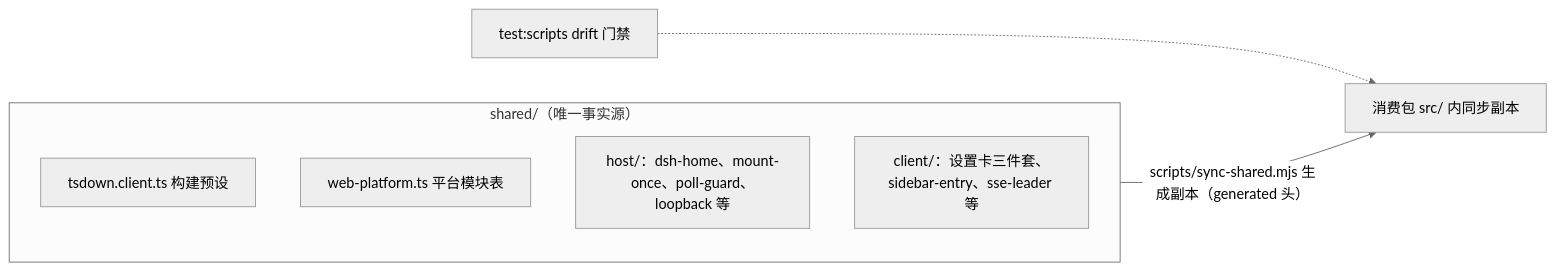
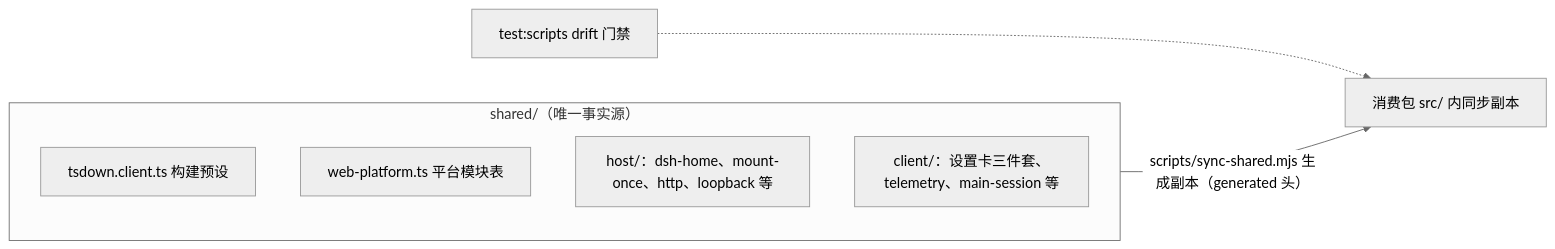
One commit to LoveDoLove-Forked-Projects/dsh-web changed the eighth of 9 diagrams in docs/architecture.md. Above: the diagram before and after it, drawn with Mermaid (neutral theme). The commit also changed other lines of this file and 49 other files, not shown here.

````diff
--- a/docs/architecture.md
+++ b/docs/architecture.md
@@ -149,11 +149,11 @@
 ```mermaid
 flowchart LR
     subgraph sharedbox["shared/（唯一事实源）"]
         PRESET["tsdown.client.ts 构建预设"]
         PLATFORM["web-platform.ts 平台模块表"]
-        HOSTM["host/：dsh-home、mount-once、poll-guard、loopback 等"]
-        CLIENTM["client/：设置卡三件套、sidebar-entry、sse-leader 等"]
+        HOSTM["host/：dsh-home、mount-once、http、loopback 等"]
+        CLIENTM["client/：设置卡三件套、telemetry、main-session 等"]
     end
     sharedbox -- "scripts/sync-shared.mjs 生成副本（generated 头）" --> PKGS["消费包 src/ 内同步副本"]
     GATE["test:scripts drift 门禁"] -.-> PKGS
 ```
````
